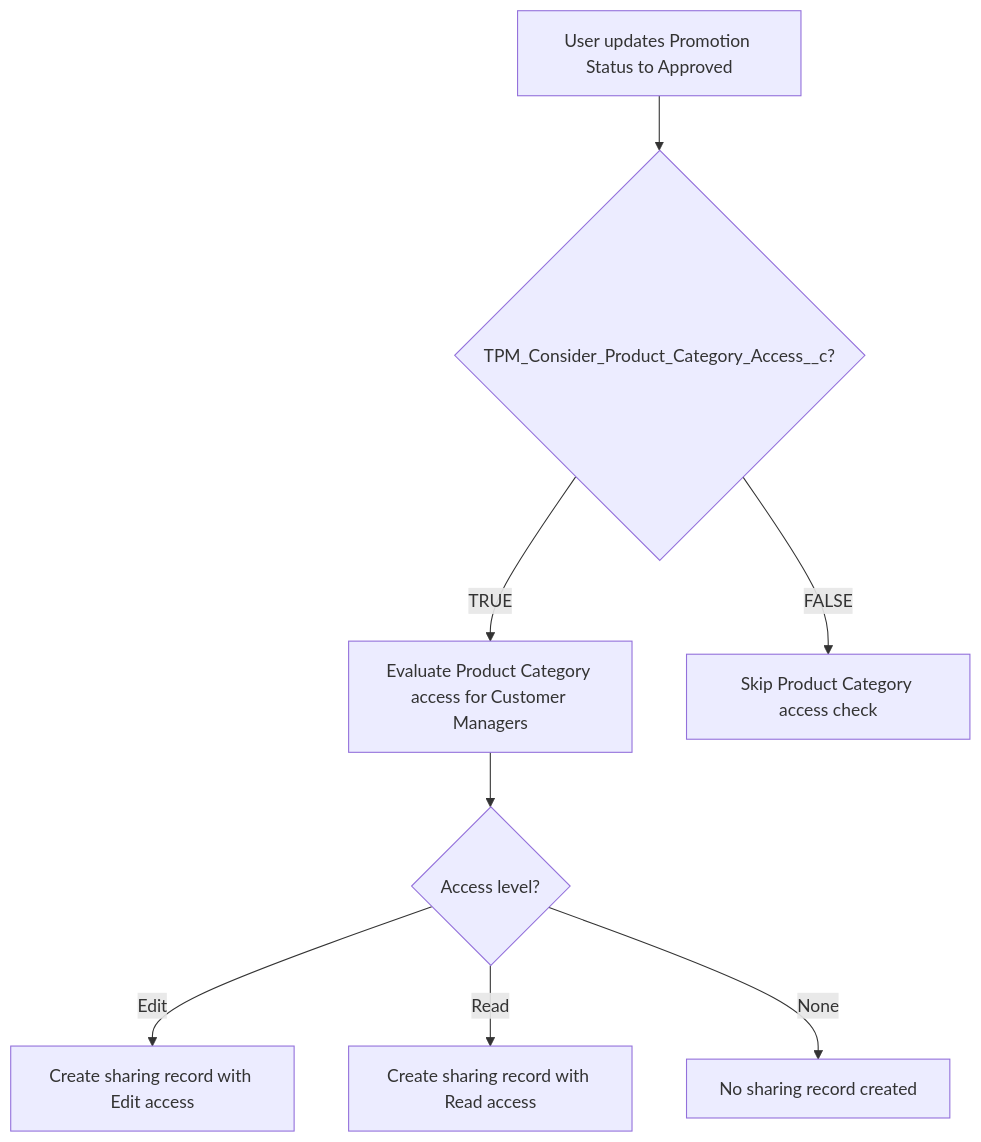
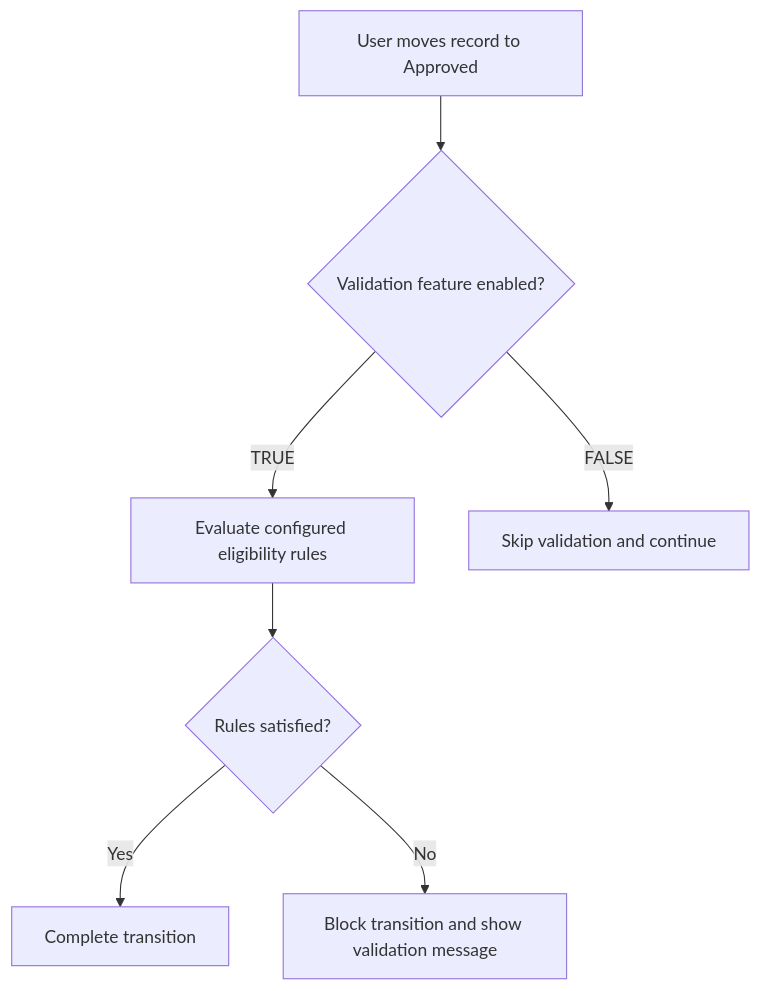
The diagram in .cursor/skills/draft-test-cases-salesforce-tpm/SKILL.md (badgujar-kavita/ado-mcp-server), drawn with Mermaid before and after one commit. The commit also changed other lines of this file and 13 other files, not shown here.

````diff
--- a/.cursor/skills/draft-test-cases-salesforce-tpm/SKILL.md
+++ b/.cursor/skills/draft-test-cases-salesforce-tpm/SKILL.md
@@ -119,10 +119,9 @@
 ```mermaid
 flowchart TD
-    A[User updates Promotion Status to Approved] --> B{TPM_Consider_Product_Category_Access__c?}
-    B -->|TRUE| C[Evaluate Product Category access for Customer Managers]
-    B -->|FALSE| D[Skip Product Category access check]
-    C --> E{Access level?}
-    E -->|Edit| F[Create sharing record with Edit access]
-    E -->|Read| G[Create sharing record with Read access]
-    E -->|None| H[No sharing record created]
+    A[User moves record to Approved] --> B{Validation feature enabled?}
+    B -->|TRUE| C[Evaluate configured eligibility rules]
+    B -->|FALSE| D[Skip validation and continue]
+    C --> E{Rules satisfied?}
+    E -->|Yes| F[Complete transition]
+    E -->|No| G[Block transition and show validation message]
 ```
````
